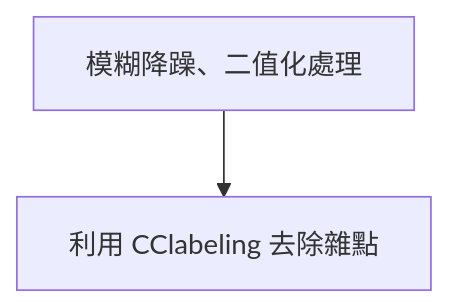
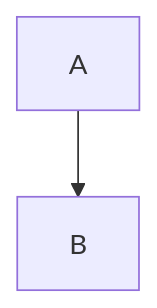
Before and after one commit to grant1004/license-plate-recognition: the diagram in README.md, drawn with Mermaid. The commit also changed other lines of this file, not shown here.

````diff
--- a/README.md
+++ b/README.md
@@ -12,4 +14,4 @@
 ```mermaid
 flowchart TD;
-     A[模糊降躁、二值化處理]-->B[利用 CClabeling 去除雜點];
+     A-->B;
 ```
````
